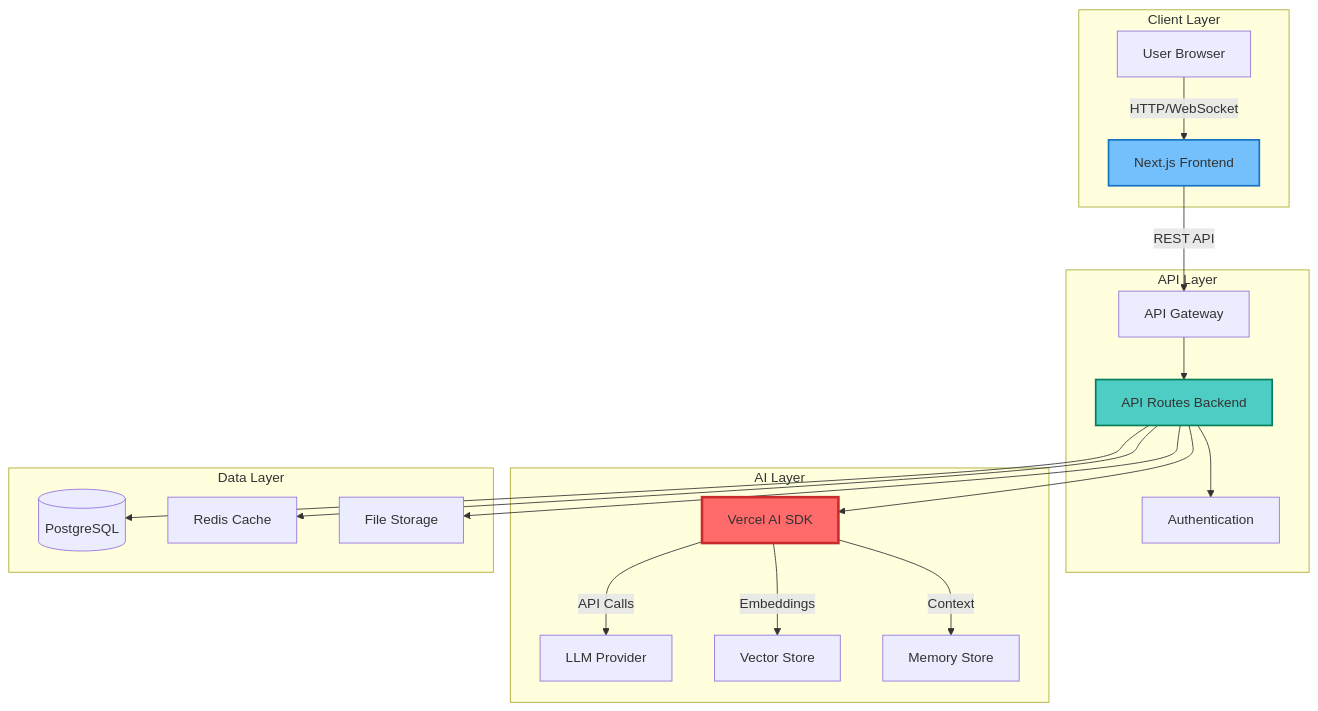
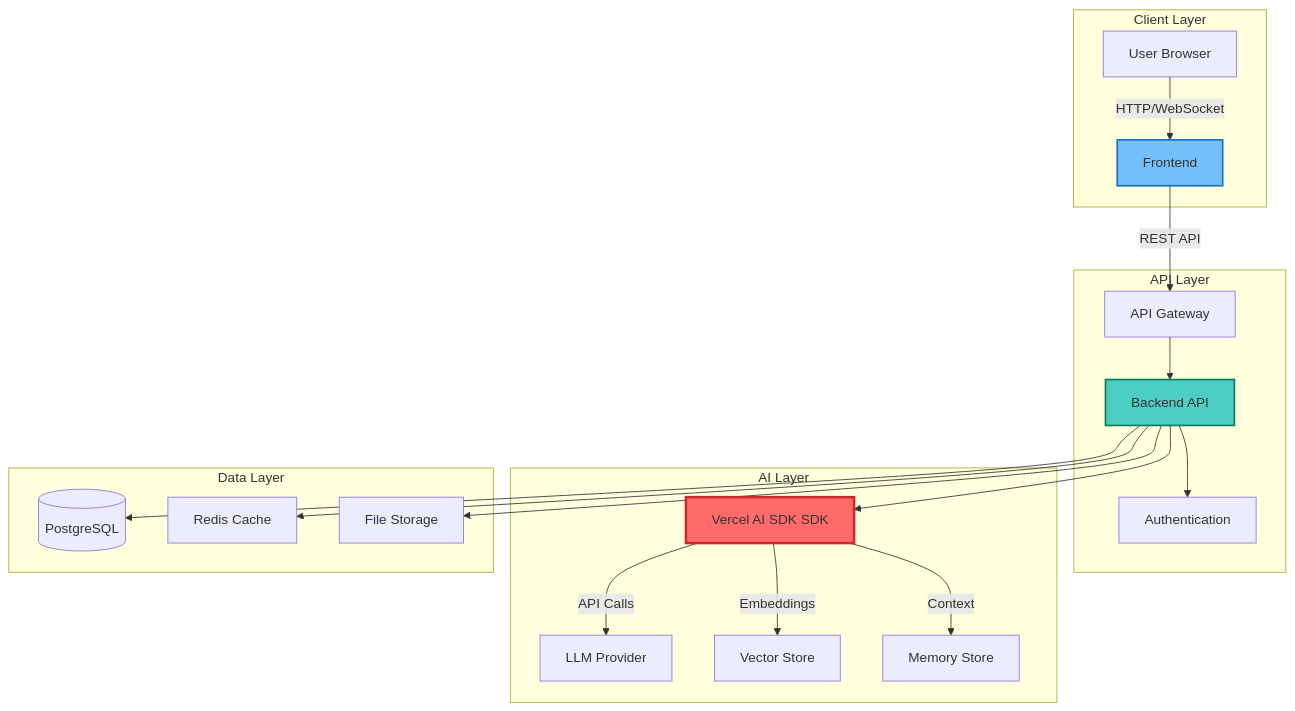
Before and after one commit to mk-knight23/AI-SDK-VERCEL-AI: the diagram in README.md, drawn with Mermaid. The commit also changed other lines of this file, not shown here.

````diff
--- a/README.md
+++ b/README.md
@@ -332,42 +320,42 @@
 ```mermaid
 graph TB
     subgraph "Client Layer"
         A[User Browser]
-        B[Next.js Frontend]
+        B[Frontend]
     end
 
     subgraph "API Layer"
         C[API Gateway]
-        D[API Routes Backend]
+        D[Backend API]
         E[Authentication]
     end
 
     subgraph "AI Layer"
-        F[Vercel AI SDK]
+        F[Vercel AI SDK SDK]
         G[LLM Provider]
         H[Vector Store]
         I[Memory Store]
     end
 
     subgraph "Data Layer"
         J[(PostgreSQL)]
         K[Redis Cache]
         L[File Storage]
     end
 
     A -->|HTTP/WebSocket| B
     B -->|REST API| C
     C --> D
     D --> E
     D --> F
     F -->|API Calls| G
     F -->|Embeddings| H
     F -->|Context| I
     D --> J
     D --> K
     D --> L
 
     style F fill:#ff6b6b,stroke:#c92a2a,stroke-width:3px
     style D fill:#4ecdc4,stroke:#087f5b,stroke-width:2px
     style B fill:#74c0fc,stroke:#1971c2,stroke-width:2px
 ```
````
